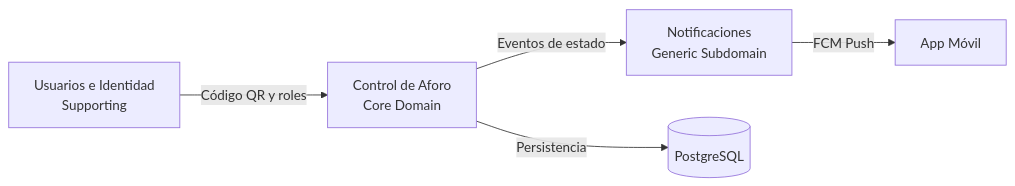
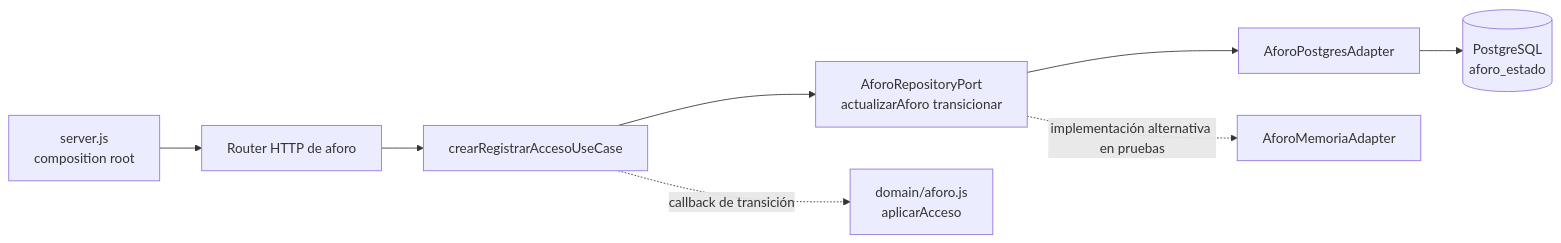
The second of 3 diagrams in docs/arc42/arc42_gimnasio_utb.md (ISCOUTB/AS_202620_GimnasioUTB), drawn with Mermaid before and after one commit. The commit also changed other lines of this file and 11 other files, not shown here.

Commit message:
docs: update architecture and project documentation

````diff
--- a/docs/arc42/arc42_gimnasio_utb.md
+++ b/docs/arc42/arc42_gimnasio_utb.md
@@ -272,7 +119,10 @@
 ```mermaid
 flowchart LR
-  IDENTIDAD[Usuarios e Identidad<br/>Supporting] -->|Código QR y roles| AFORO[Control de Aforo<br/>Core Domain]
-  AFORO -->|Eventos de estado| NOTIF[Notificaciones<br/>Generic Subdomain]
-  AFORO -->|Persistencia| DB[(PostgreSQL)]
-  NOTIF -->|FCM Push| APP[App Móvil]
+    SERVER[server.js<br/>composition root] --> ROUTER[Router HTTP de aforo]
+    ROUTER --> UC[crearRegistrarAccesoUseCase]
+    UC --> PORT[AforoRepositoryPort<br/>actualizarAforo transicionar]
+    PORT --> PG[AforoPostgresAdapter]
+    PG --> DB[(PostgreSQL<br/>aforo_estado)]
+    UC -. callback de transición .-> DOMAIN[domain/aforo.js<br/>aplicarAcceso]
+    PORT -. implementación alternativa en pruebas .-> MEM[AforoMemoriaAdapter]
 ```
````
